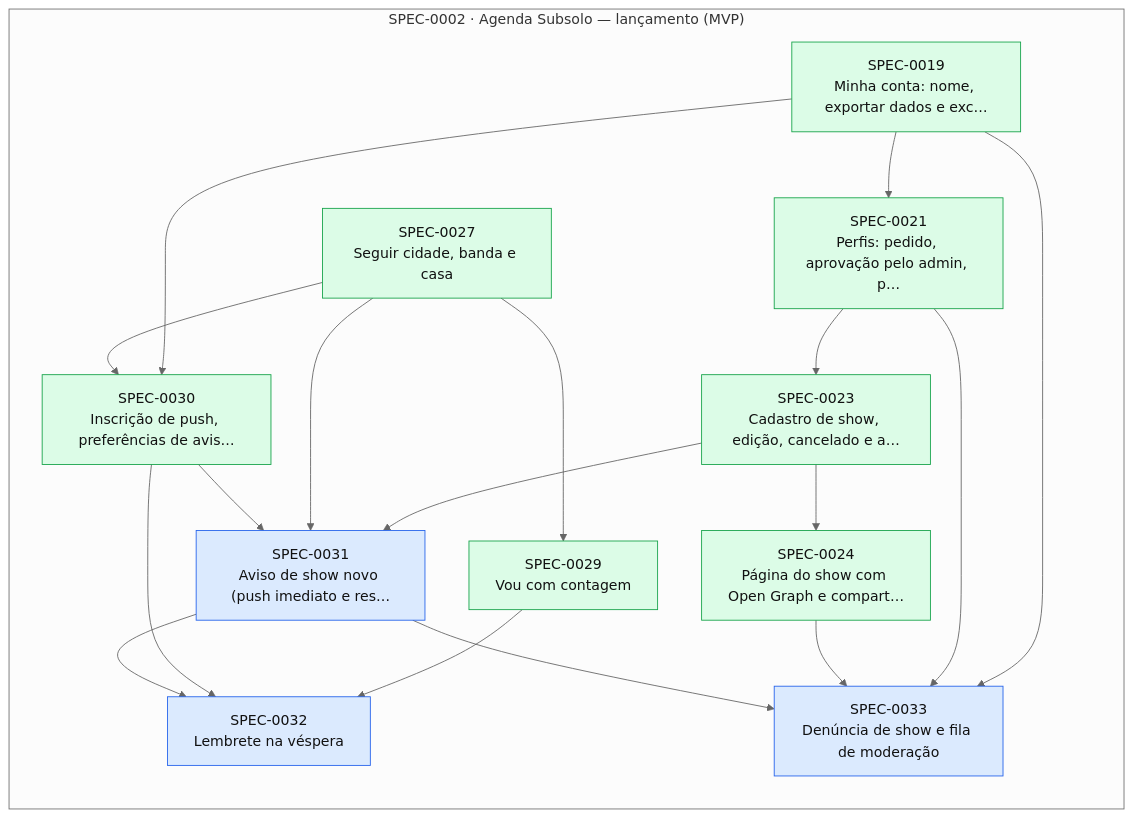
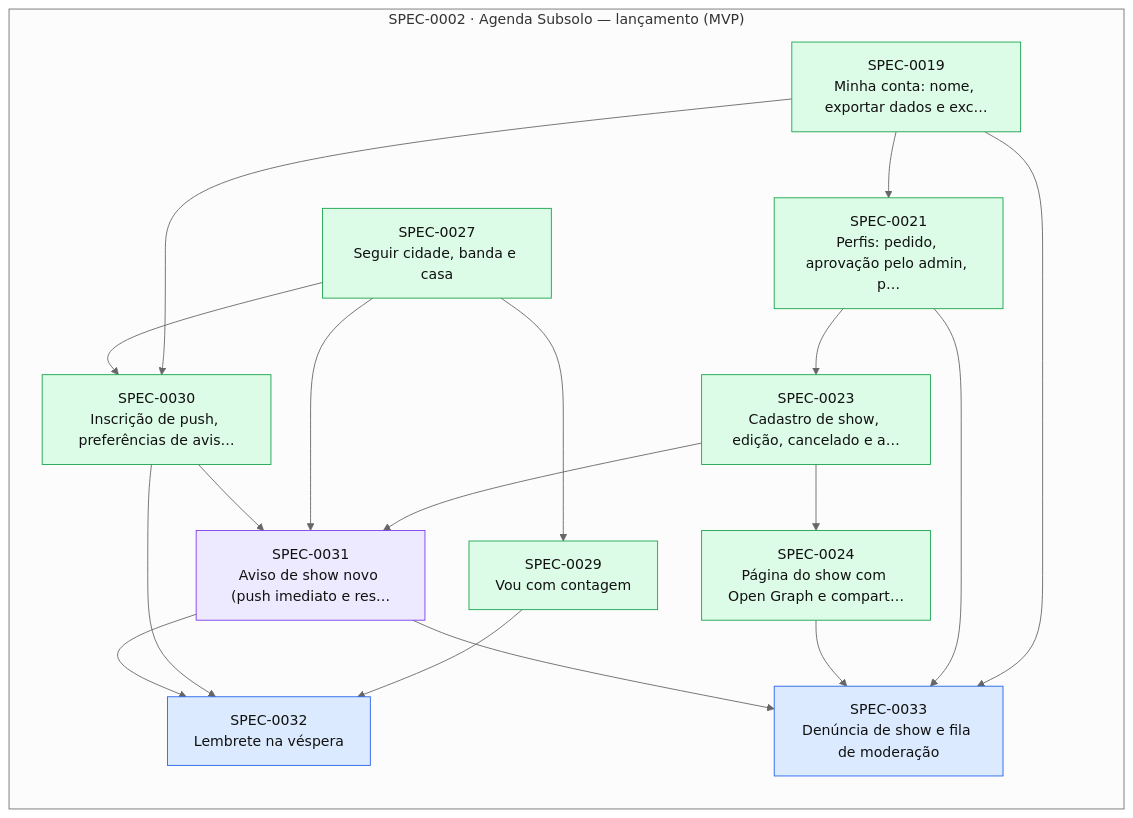
Before and after one commit to thomasravache/subsolo: the diagram in docs/specs/INDEX.md, drawn with Mermaid (neutral theme). The commit also changed other lines of this file and 2 other files, not shown here.

First line of the commit message:
docs(sdd): amend SPEC-0031 with concrete decisions for inherited review items

````diff
--- a/docs/specs/INDEX.md
+++ b/docs/specs/INDEX.md
@@ -68,36 +68,36 @@
 ```mermaid
 flowchart LR
   subgraph E0002["SPEC-0002 · Agenda Subsolo — lançamento (MVP)"]
     S0019["SPEC-0019<br/>Minha conta: nome, exportar dados e exc…"]:::implemented
     S0021["SPEC-0021<br/>Perfis: pedido, aprovação pelo admin, p…"]:::implemented
     S0023["SPEC-0023<br/>Cadastro de show, edição, cancelado e a…"]:::implemented
     S0024["SPEC-0024<br/>Página do show com Open Graph e compart…"]:::implemented
     S0027["SPEC-0027<br/>Seguir cidade, banda e casa"]:::implemented
     S0029["SPEC-0029<br/>Vou com contagem"]:::implemented
     S0030["SPEC-0030<br/>Inscrição de push, preferências de avis…"]:::implemented
-    S0031["SPEC-0031<br/>Aviso de show novo (push imediato e res…"]:::approved
+    S0031["SPEC-0031<br/>Aviso de show novo (push imediato e res…"]:::inprogress
     S0032["SPEC-0032<br/>Lembrete na véspera"]:::approved
     S0033["SPEC-0033<br/>Denúncia de show e fila de moderação"]:::approved
   end
   S0019 --> S0021
   S0021 --> S0023
   S0023 --> S0024
   S0027 --> S0029
   S0019 --> S0030
   S0027 --> S0030
   S0023 --> S0031
   S0027 --> S0031
   S0030 --> S0031
   S0029 --> S0032
   S0030 --> S0032
   S0031 --> S0032
   S0019 --> S0033
   S0021 --> S0033
   S0024 --> S0033
   S0031 --> S0033
   classDef proposed fill:#fef3c7,stroke:#d97706,color:#111
   classDef approved fill:#dbeafe,stroke:#2563eb,color:#111
   classDef inprogress fill:#ede9fe,stroke:#7c3aed,color:#111
   classDef implemented fill:#dcfce7,stroke:#16a34a,color:#111
   classDef deprecated fill:#f3f4f6,stroke:#9ca3af,color:#6b7280
 ```
````
